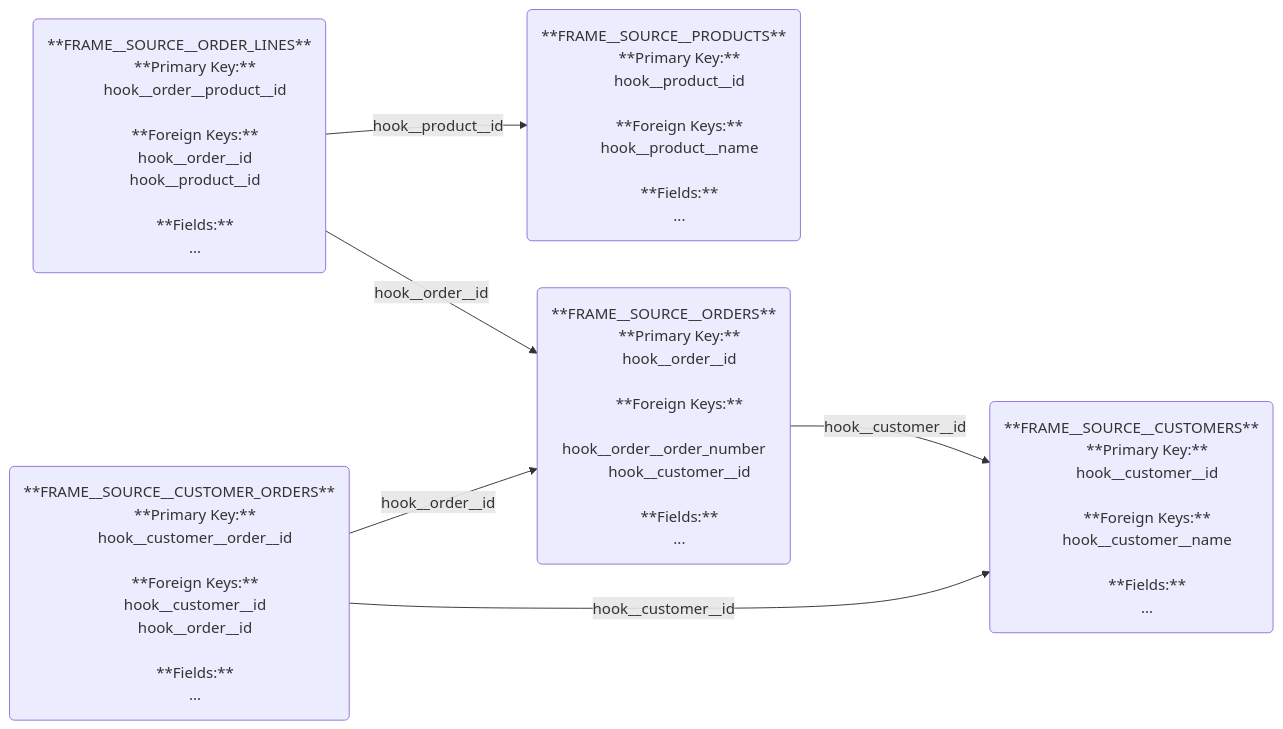
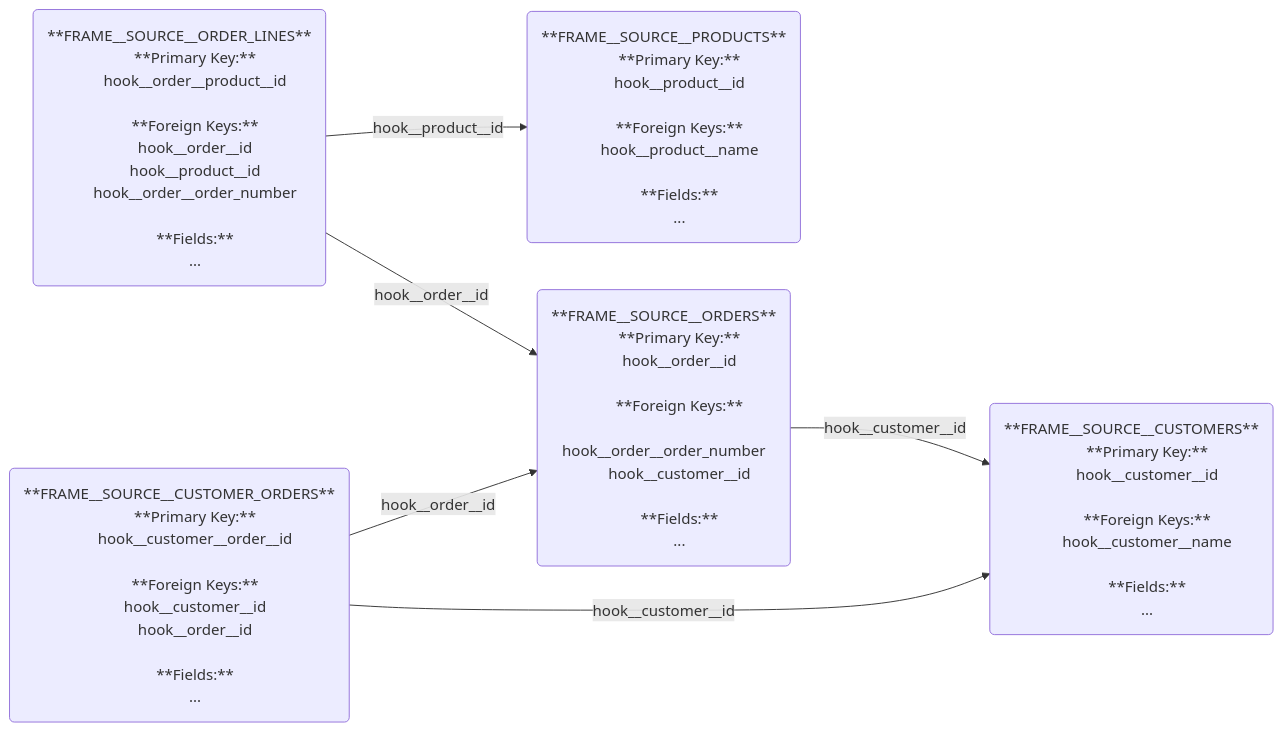
One commit to mattiasthalen/hook-forge changed the first of 2 diagrams in test/fixtures/documentation.md. Above: the diagram before and after it, drawn with Mermaid. The commit also changed 6 other files, not shown here.

````diff
--- a/test/fixtures/documentation.md
+++ b/test/fixtures/documentation.md
@@ -4,75 +4,76 @@
 ```mermaid
 flowchart LR
     %% Entities
     frame__source__products("
         **FRAME__SOURCE__PRODUCTS**
         **Primary Key:**
         hook__product__id
         &nbsp;
         **Foreign Keys:**
         hook__product__name
         &nbsp;
         **Fields:**
         ...
     ")
 
     frame__source__customers("
         **FRAME__SOURCE__CUSTOMERS**
         **Primary Key:**
         hook__customer__id
         &nbsp;
         **Foreign Keys:**
         hook__customer__name
         &nbsp;
         **Fields:**
         ...
     ")
 
     frame__source__orders("
         **FRAME__SOURCE__ORDERS**
         **Primary Key:**
         hook__order__id
         &nbsp;
         **Foreign Keys:**
         hook__order__order_number
         hook__customer__id
         &nbsp;
         **Fields:**
         ...
     ")
 
     frame__source__order_lines("
         **FRAME__SOURCE__ORDER_LINES**
         **Primary Key:**
         hook__order__product__id
         &nbsp;
         **Foreign Keys:**
         hook__order__id
         hook__product__id
+        hook__order__order_number
         &nbsp;
         **Fields:**
         ...
     ")
 
     frame__source__customer_orders("
         **FRAME__SOURCE__CUSTOMER_ORDERS**
         **Primary Key:**
         hook__customer__order__id
         &nbsp;
         **Foreign Keys:**
         hook__customer__id
         hook__order__id
         &nbsp;
         **Fields:**
         ...
     ")
 
     %% Relations
     frame__source__orders -- hook__customer__id --> frame__source__customers
 
     frame__source__order_lines -- hook__order__id --> frame__source__orders
     frame__source__order_lines -- hook__product__id --> frame__source__products
 
     frame__source__customer_orders -- hook__customer__id --> frame__source__customers
     frame__source__customer_orders -- hook__order__id --> frame__source__orders
 ```
````
